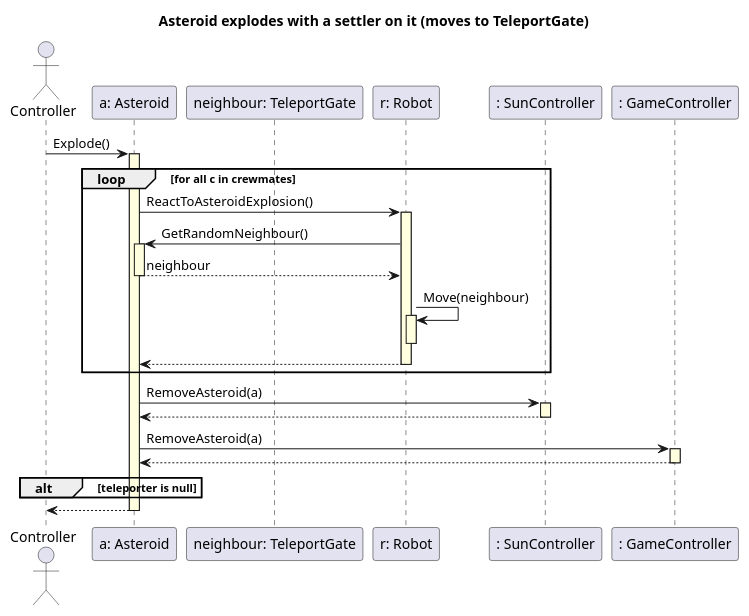
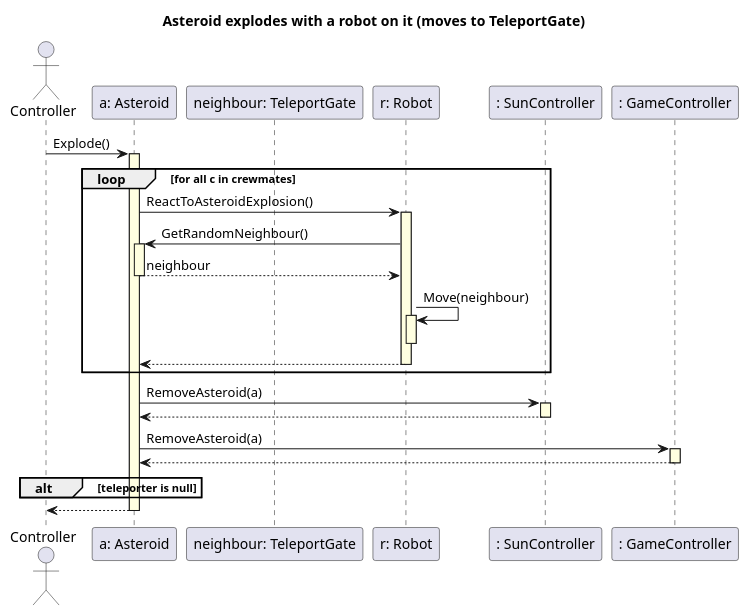
Before and after one commit to triszt4n/projlab_holy_oil: the diagram in uml/aster_expl_w_robot_teleport.plantuml, drawn with PlantUML. The commit also changed 6 other files, not shown here.

```diff
--- a/uml/aster_expl_w_robot_teleport.plantuml
+++ b/uml/aster_expl_w_robot_teleport.plantuml
@@ -1,39 +1,39 @@
 @startuml
 skinparam SequenceLifeLineBackgroundColor LightYellow
 
-title "Asteroid explodes with a settler on it (moves to TeleportGate)"
+title "Asteroid explodes with a robot on it (moves to TeleportGate)"
 
 actor Controller as C
 
 participant "a: Asteroid" as a
 participant "neighbour: TeleportGate" as neighbour
 participant "r: Robot" as r
 participant ": SunController" as sun
 participant ": GameController" as game
 
 C -> a ++ : Explode()
 
 loop for all c in crewmates
 
     a -> r ++ : ReactToAsteroidExplosion() 
         r -> a ++ : GetRandomNeighbour()
         return neighbour
         r -> r ++ : Move(neighbour)
         deactivate r
     r --> a --
 
 end
 
 a -> sun ++ : RemoveAsteroid(a)
 sun --> a --
 
 a -> game ++ : RemoveAsteroid(a)
 game --> a --
 
 alt teleporter is null
 
 end
 
 a --> C --
 
 @enduml
```
